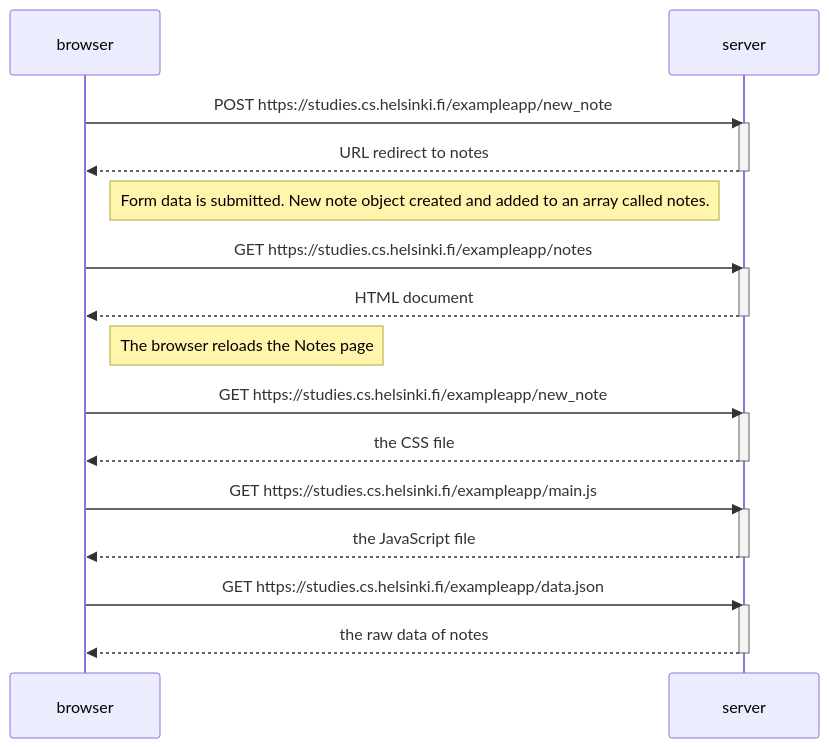
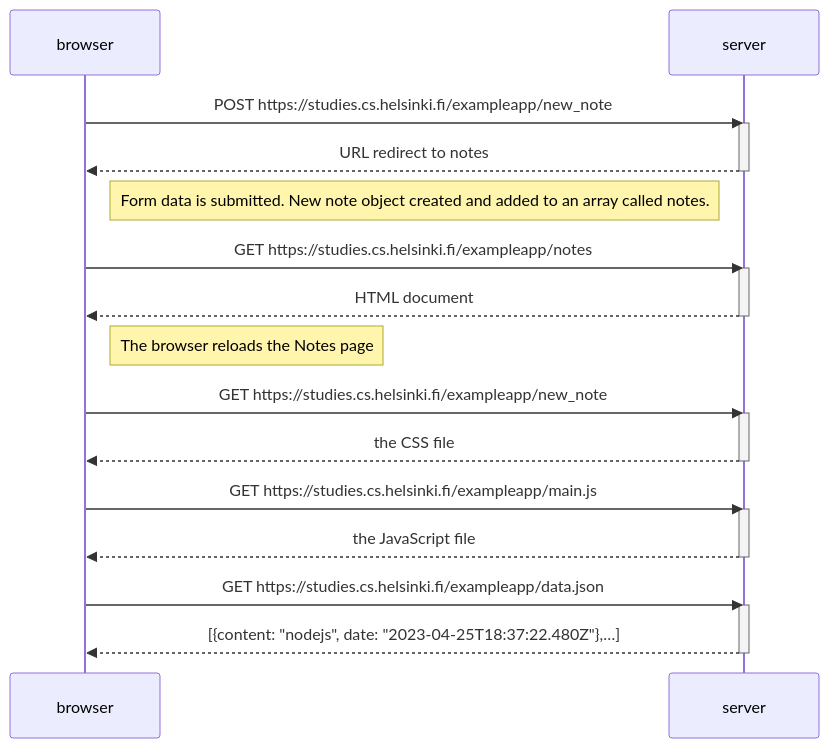
One commit to kellywsq03/fso changed the diagram in part0/4.md. Above: the diagram before and after it, drawn with Mermaid. The commit also changed 2 other files, not shown here.

````diff
--- a/part0/4.md
+++ b/part0/4.md
@@ -1,35 +1,35 @@
 ```mermaid
 sequenceDiagram
     participant browser
     participant server
     
     browser->>server: POST https://studies.cs.helsinki.fi/exampleapp/new_note
     activate server
     server-->>browser: URL redirect to notes
     deactivate server
 
     Note right of browser: Form data is submitted. New note object created and added to an array called notes.
 
     browser->>server: GET https://studies.cs.helsinki.fi/exampleapp/notes
     activate server
     server-->>browser: HTML document
     deactivate server
 
     Note right of browser: The browser reloads the Notes page
 
     browser->>server: GET https://studies.cs.helsinki.fi/exampleapp/new_note
     activate server
     server-->>browser: the CSS file
     deactivate server
 
     browser->>server: GET https://studies.cs.helsinki.fi/exampleapp/main.js
     activate server
     server-->>browser: the JavaScript file
     deactivate server
 
     browser->>server: GET https://studies.cs.helsinki.fi/exampleapp/data.json
     activate server
-    server-->>browser: the raw data of notes
+    server-->>browser: [{content: "nodejs", date: "2023-04-25T18:37:22.480Z"},…]
     deactivate server
 
 ```
````
